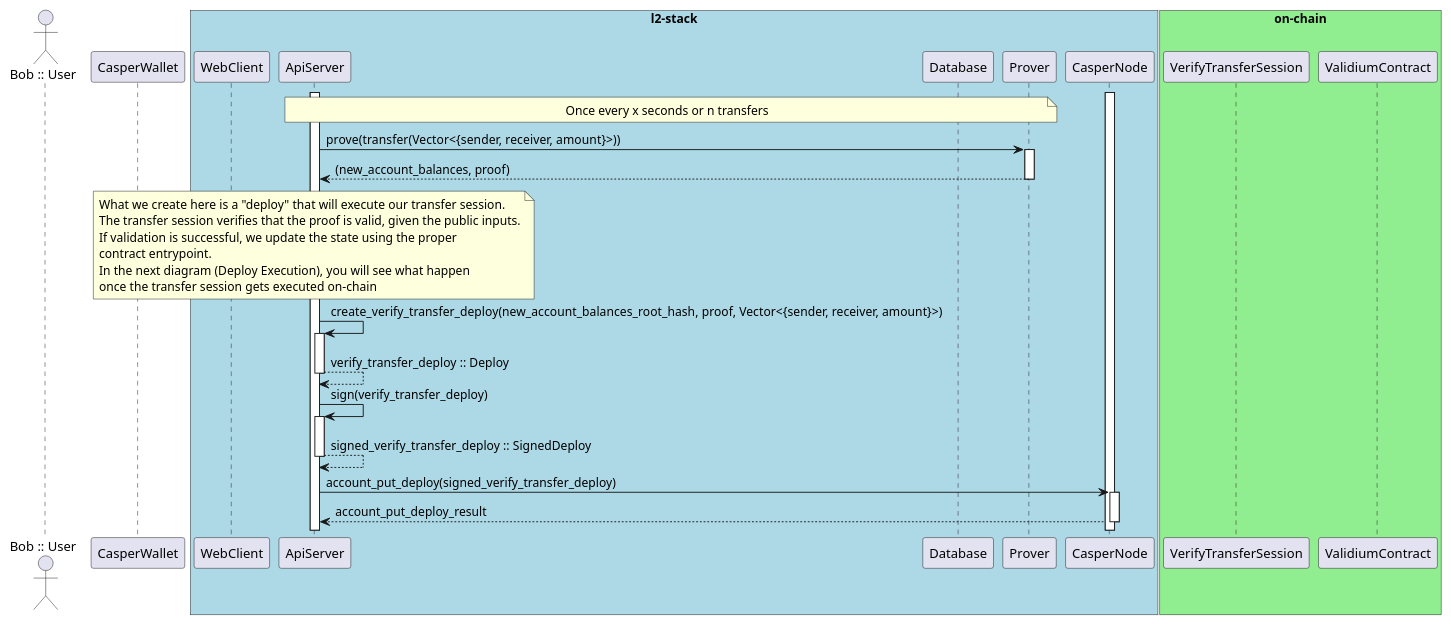
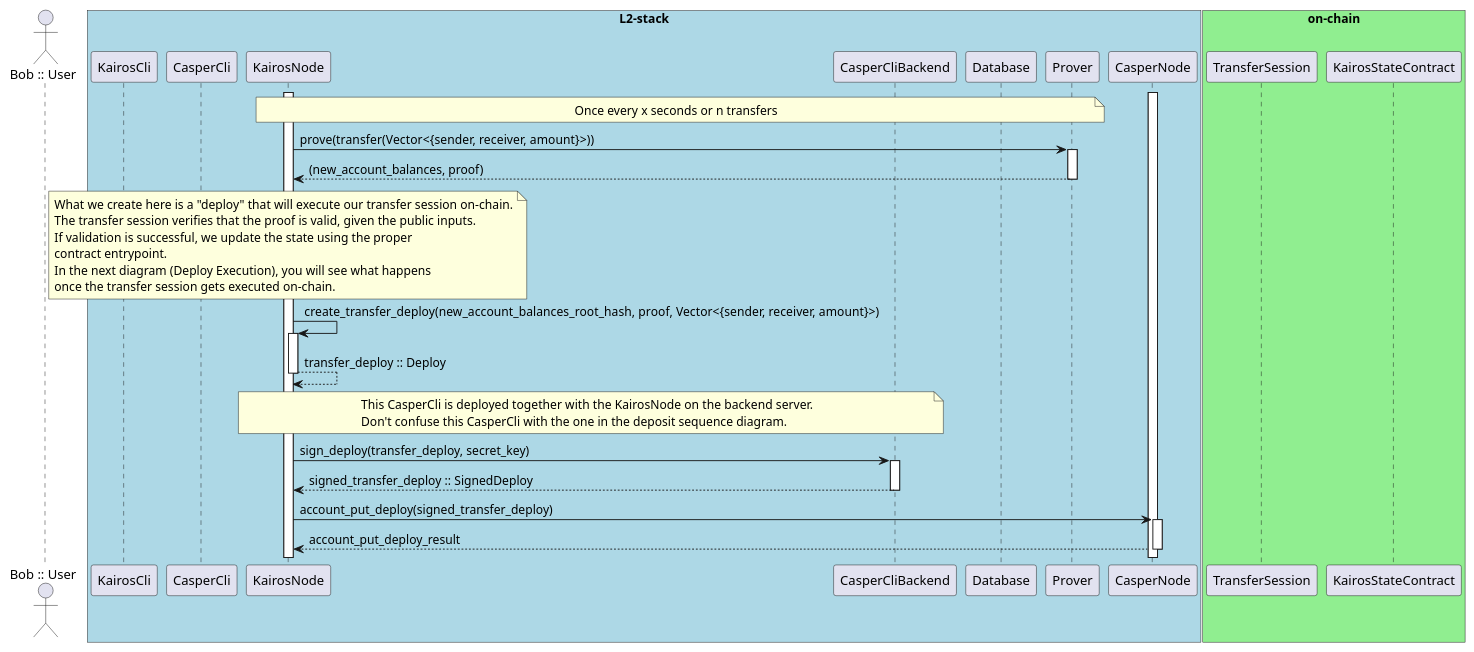
One commit to cspr-rad/kairos-spec changed the diagram in diagrams/transfer_sequence_diagram_l2_prove_deploy.puml. Above: the diagram before and after it, drawn with PlantUML. The commit also changed other lines of this file and 4 other files, not shown here.

Commit message:
diagrams: update transaction diagrams and text

```diff
--- a/diagrams/transfer_sequence_diagram_l2_prove_deploy.puml
+++ b/diagrams/transfer_sequence_diagram_l2_prove_deploy.puml
@@ -2,42 +1,47 @@
 @startuml
 autoactivate on
 actor "Bob :: User" as Bob
-participant CasperWallet
-box "l2-stack" #LightBlue
-participant WebClient
-participant ApiServer
+box "L2-stack" #LightBlue
+participant KairosCli
+participant CasperCli
+participant KairosNode
+participant CasperCliBackend
 participant Database
 participant Prover
 participant CasperNode
 end box
 box "on-chain" #LightGreen
-participant VerifyTransferSession
-participant ValidiumContract
+participant TransferSession
+participant KairosStateContract
 end box
 
 activate CasperNode
-activate ApiServer
+activate KairosNode
 
-note over ApiServer, Prover
+note over KairosNode, Prover
 Once every x seconds or n transfers
 end note
-ApiServer -> Prover: prove(transfer(Vector<{sender, receiver, amount}>))
-Prover --> ApiServer: (new_account_balances, proof)
+KairosNode -> Prover: prove(transfer(Vector<{sender, receiver, amount}>))
+Prover --> KairosNode: (new_account_balances, proof)
 
-note over ApiServer
-What we create here is a "deploy" that will execute our transfer session.
+note over KairosNode
+What we create here is a "deploy" that will execute our transfer session on-chain.
 The transfer session verifies that the proof is valid, given the public inputs.
 If validation is successful, we update the state using the proper
 contract entrypoint.
-In the next diagram (Deploy Execution), you will see what happen 
-once the transfer session gets executed on-chain
+In the next diagram (Deploy Execution), you will see what happens
+once the transfer session gets executed on-chain.
 end note
-ApiServer -> ApiServer: create_verify_transfer_deploy(new_account_balances_root_hash, proof, Vector<{sender, receiver, amount}>)
-ApiServer --> ApiServer: verify_transfer_deploy :: Deploy
+KairosNode -> KairosNode: create_transfer_deploy(new_account_balances_root_hash, proof, Vector<{sender, receiver, amount}>)
+KairosNode --> KairosNode: transfer_deploy :: Deploy
 
-ApiServer -> ApiServer: sign(verify_transfer_deploy)
-ApiServer --> ApiServer: signed_verify_transfer_deploy :: SignedDeploy
+note over KairosNode, CasperCliBackend
+This CasperCli is deployed together with the KairosNode on the backend server.
+Don't confuse this CasperCli with the one in the deposit sequence diagram.
+end note
+KairosNode -> CasperCliBackend: sign_deploy(transfer_deploy, secret_key)
+CasperCliBackend --> KairosNode: signed_transfer_deploy :: SignedDeploy
 
-ApiServer -> CasperNode: account_put_deploy(signed_verify_transfer_deploy)
-CasperNode --> ApiServer: account_put_deploy_result
+KairosNode -> CasperNode: account_put_deploy(signed_transfer_deploy)
+CasperNode --> KairosNode: account_put_deploy_result
 @enduml
```
